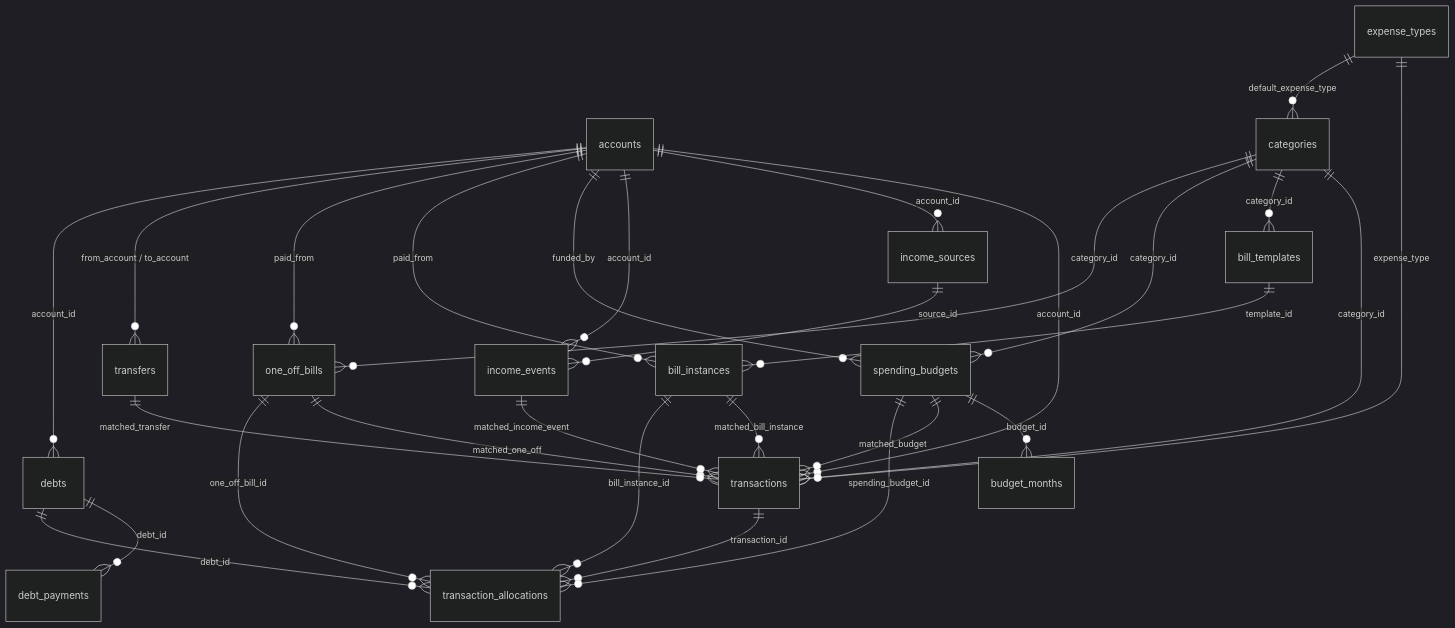
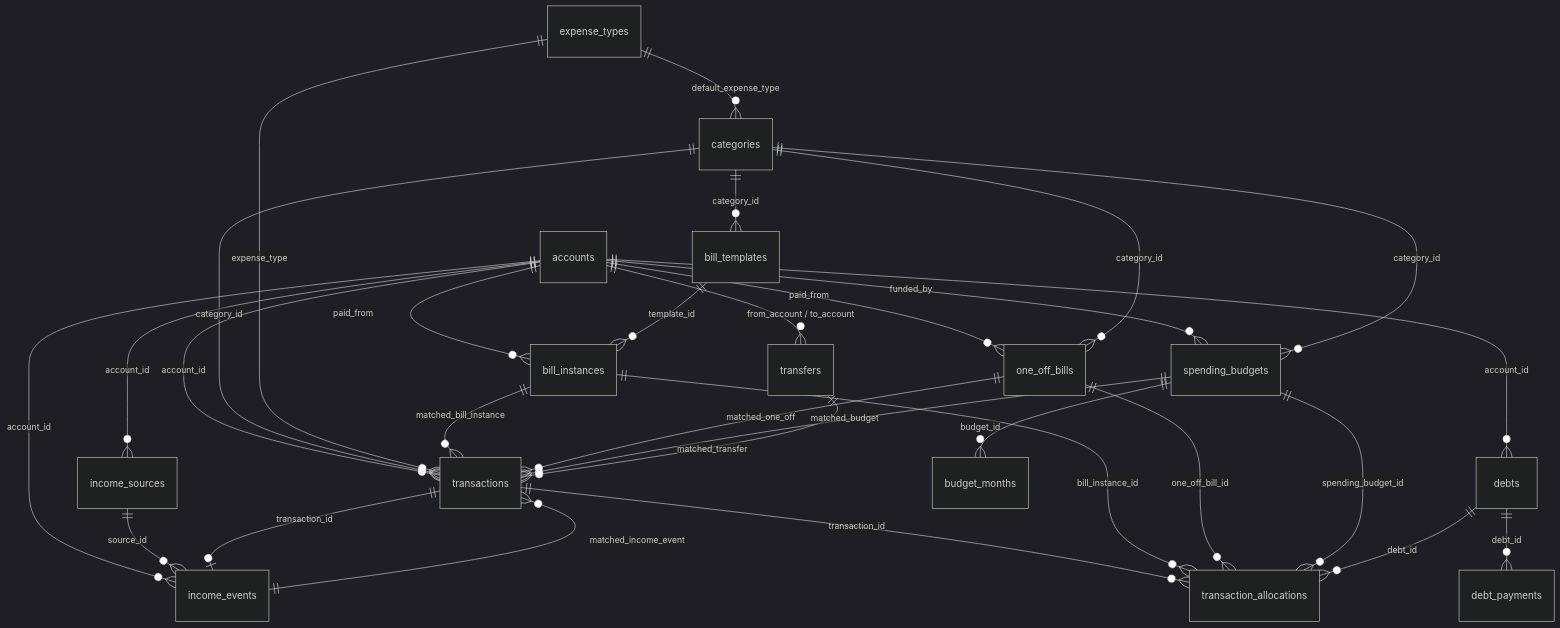
One commit to ewebdzine/GrokBudgetTracker changed the diagram in docs/database.md. Above: the diagram before and after it, drawn with Mermaid (dark theme). The commit also changed other lines of this file and 10 other files, not shown here.

````diff
--- a/docs/database.md
+++ b/docs/database.md
@@ -13,31 +13,32 @@
 ```mermaid
 erDiagram
   accounts ||--o{ transactions : "account_id"
   accounts ||--o{ income_sources : "account_id"
   accounts ||--o{ income_events : "account_id"
   accounts ||--o{ spending_budgets : "funded_by"
   accounts ||--o{ bill_instances : "paid_from"
   accounts ||--o{ one_off_bills : "paid_from"
   accounts ||--o{ transfers : "from_account / to_account"
   accounts ||--o{ debts : "account_id"
   income_sources ||--o{ income_events : "source_id"
+  transactions ||--o| income_events : "transaction_id"
   bill_templates ||--o{ bill_instances : "template_id"
   spending_budgets ||--o{ budget_months : "budget_id"
   debts ||--o{ debt_payments : "debt_id"
   categories ||--o{ transactions : "category_id"
   categories ||--o{ bill_templates : "category_id"
   categories ||--o{ spending_budgets : "category_id"
   categories ||--o{ one_off_bills : "category_id"
   expense_types ||--o{ transactions : "expense_type"
   expense_types ||--o{ categories : "default_expense_type"
   bill_instances ||--o{ transactions : "matched_bill_instance"
   one_off_bills ||--o{ transactions : "matched_one_off"
   spending_budgets ||--o{ transactions : "matched_budget"
   transfers ||--o{ transactions : "matched_transfer"
   income_events ||--o{ transactions : "matched_income_event"
   transactions ||--o{ transaction_allocations : "transaction_id"
   bill_instances ||--o{ transaction_allocations : "bill_instance_id"
   one_off_bills ||--o{ transaction_allocations : "one_off_bill_id"
   spending_budgets ||--o{ transaction_allocations : "spending_budget_id"
   debts ||--o{ transaction_allocations : "debt_id"
 ```
````
